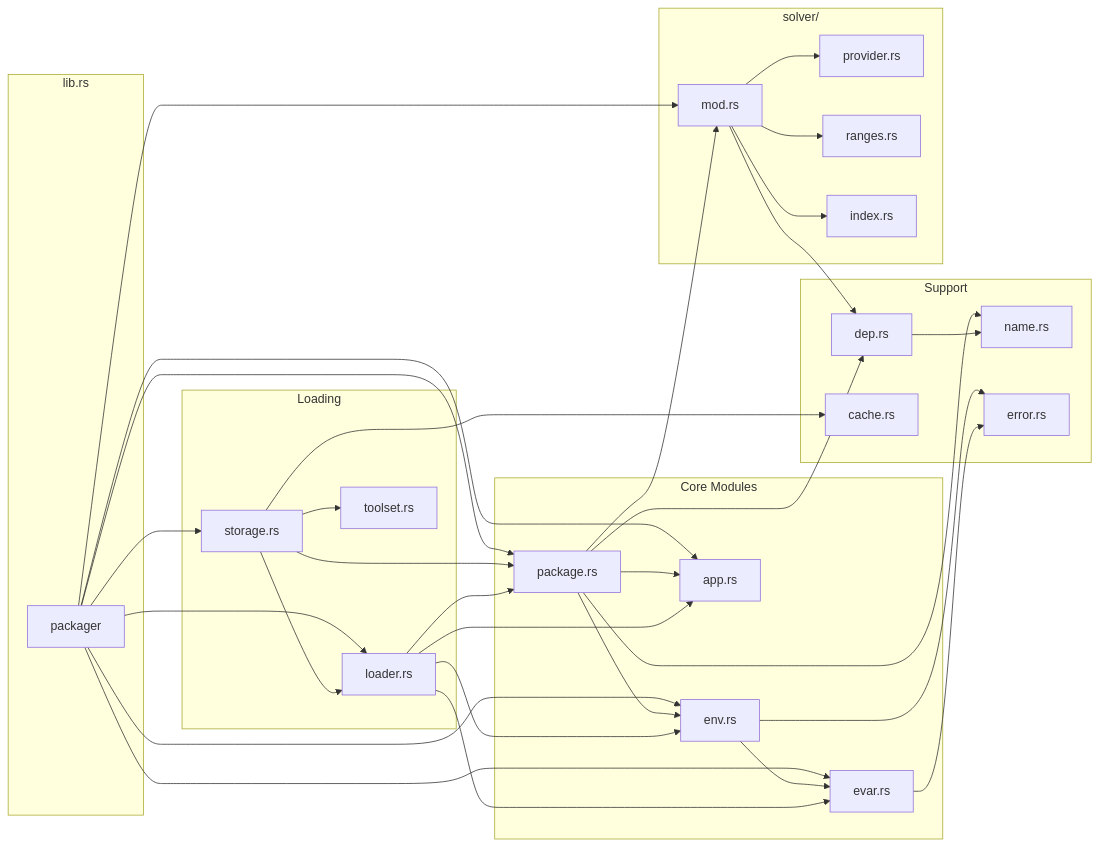
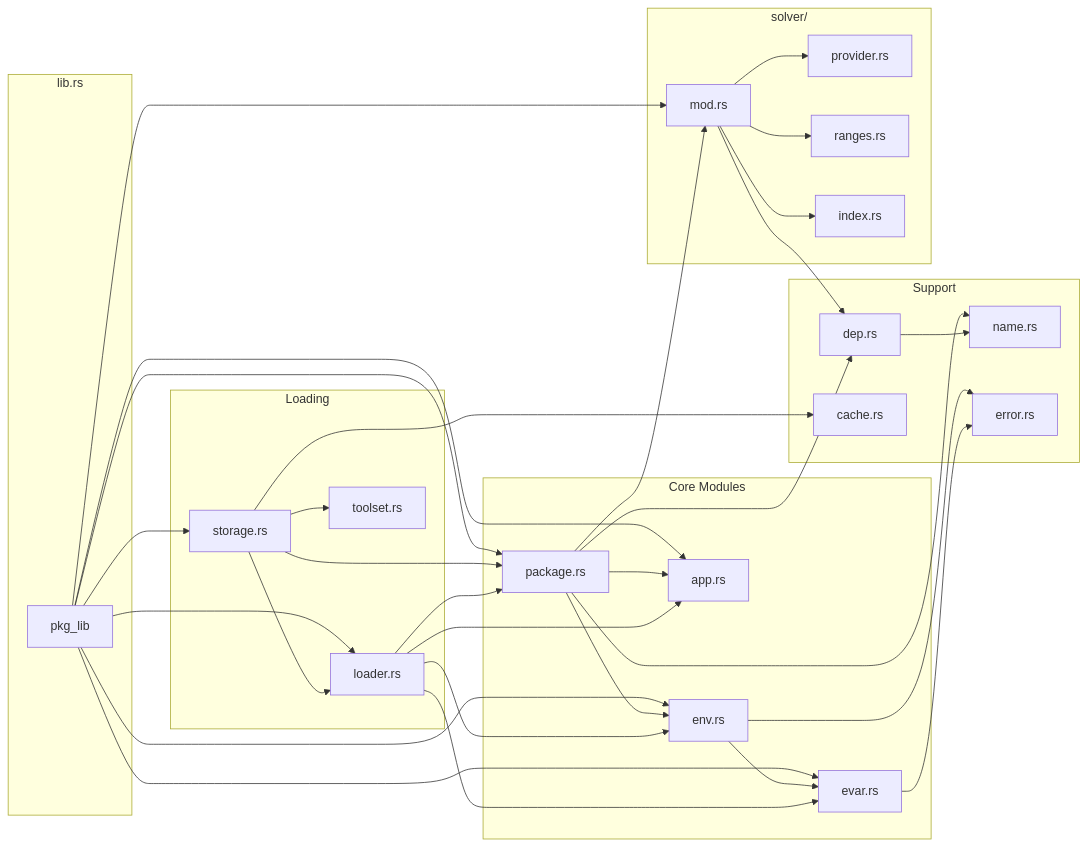
Before and after one commit to ssoj13/pkg-rs: the second of 7 diagrams in AGENTS.md, drawn with Mermaid. The commit also changed other lines of this file and 20 other files, not shown here.

````diff
--- a/AGENTS.md
+++ b/AGENTS.md
@@ -142,69 +142,69 @@
 ```mermaid
 graph LR
     subgraph LibRoot["lib.rs"]
-        LIB[packager]
+        LIB[pkg_lib]
     end
 
     subgraph CoreModules["Core Modules"]
         PKG[package.rs]
         ENV[env.rs]
         EVAR[evar.rs]
         APP[app.rs]
     end
 
     subgraph SupportModules["Support"]
         DEP[dep.rs]
         NAME[name.rs]
         ERR[error.rs]
         CACHE[cache.rs]
     end
 
     subgraph LoaderModule["Loading"]
         LOADER[loader.rs]
         STORAGE[storage.rs]
         TOOLSET[toolset.rs]
     end
 
     subgraph SolverModule["solver/"]
         SOLVER[mod.rs]
         PROVIDER[provider.rs]
         RANGES[ranges.rs]
         INDEX[index.rs]
     end
 
     LIB --> PKG
     LIB --> ENV
     LIB --> EVAR
     LIB --> APP
     LIB --> STORAGE
     LIB --> LOADER
     LIB --> SOLVER
 
     PKG --> ENV
     PKG --> APP
     PKG --> DEP
     PKG --> NAME
     PKG --> SOLVER
 
     ENV --> EVAR
     ENV --> ERR
 
     EVAR --> ERR
 
     STORAGE --> LOADER
     STORAGE --> CACHE
     STORAGE --> TOOLSET
     STORAGE --> PKG
 
     LOADER --> PKG
     LOADER --> ENV
     LOADER --> EVAR
     LOADER --> APP
 
     SOLVER --> PROVIDER
     SOLVER --> RANGES
     SOLVER --> INDEX
     SOLVER --> DEP
 
     DEP --> NAME
 ```
````
